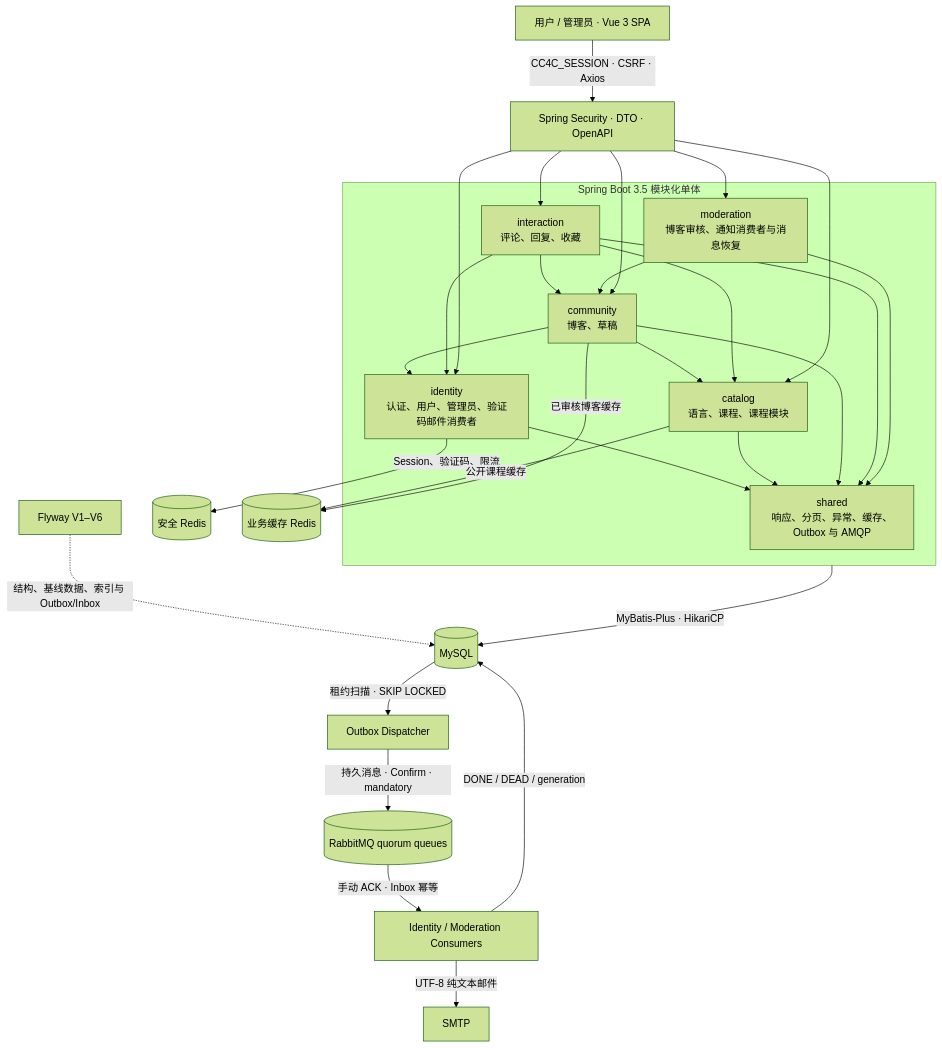
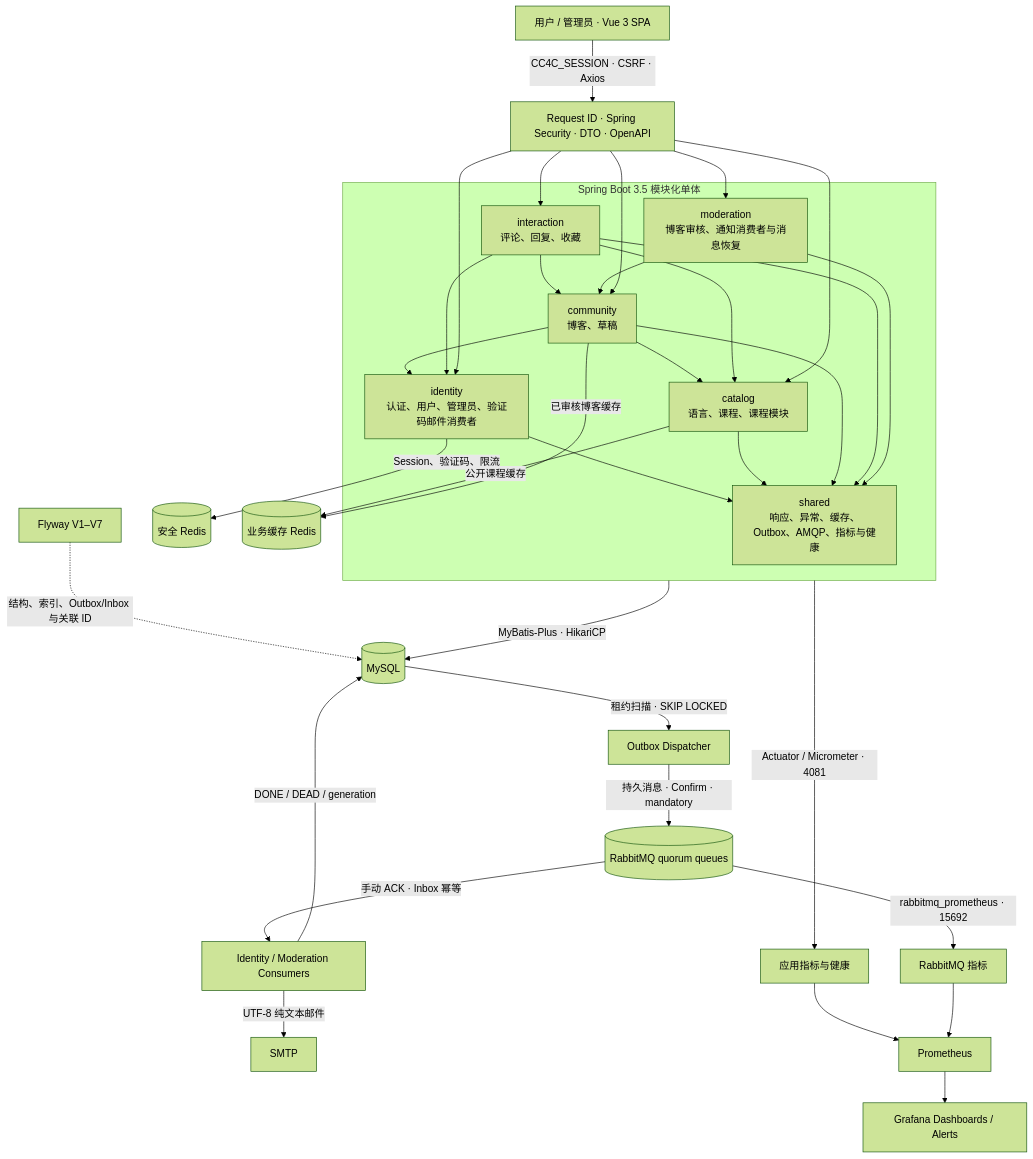
The diagram in README.md (Jaily16/CC4C), drawn with Mermaid (forest theme) before and after one commit. The commit also changed other lines of this file and 95 other files, not shown here.

````diff
--- a/README.md
+++ b/README.md
@@ -120,41 +121,46 @@
 ```mermaid
 flowchart TB
-    Browser[用户 / 管理员 · Vue 3 SPA] -->|CC4C_SESSION · CSRF · Axios| HTTP[Spring Security · DTO · OpenAPI]
+    Browser[用户 / 管理员 · Vue 3 SPA] -->|CC4C_SESSION · CSRF · Axios| HTTP[Request ID · Spring Security · DTO · OpenAPI]
 
     subgraph Backend[Spring Boot 3.5 模块化单体]
-        Shared[shared<br/>响应、分页、异常、缓存、Outbox 与 AMQP]
+        Shared[shared<br/>响应、异常、缓存、Outbox、AMQP、指标与健康]
         Identity[identity<br/>认证、用户、管理员、验证码邮件消费者]
         Catalog[catalog<br/>语言、课程、课程模块]
         Community[community<br/>博客、草稿]
         Interaction[interaction<br/>评论、回复、收藏]
         Moderation[moderation<br/>博客审核、通知消费者与消息恢复]
 
         Identity --> Shared
         Catalog --> Shared
         Community --> Shared
         Community --> Identity
         Community --> Catalog
         Interaction --> Shared
         Interaction --> Identity
         Interaction --> Catalog
         Interaction --> Community
         Moderation --> Shared
         Moderation --> Community
     end
 
     HTTP --> Identity
     HTTP --> Catalog
     HTTP --> Community
     HTTP --> Interaction
     HTTP --> Moderation
     Backend -->|MyBatis-Plus · HikariCP| DB[(MySQL)]
     DB -->|租约扫描 · SKIP LOCKED| Dispatcher[Outbox Dispatcher]
     Dispatcher -->|持久消息 · Confirm · mandatory| Rabbit[(RabbitMQ quorum queues)]
     Rabbit -->|手动 ACK · Inbox 幂等| Consumers[Identity / Moderation Consumers]
     Consumers -->|UTF-8 纯文本邮件| SMTP[SMTP]
     Consumers -->|DONE / DEAD / generation| DB
     Identity -->|Session、验证码、限流| SecurityRedis[(安全 Redis)]
     Catalog -->|公开课程缓存| BusinessRedis[(业务缓存 Redis)]
     Community -->|已审核博客缓存| BusinessRedis
-    Flyway[Flyway V1–V6] -. 结构、基线数据、索引与 Outbox/Inbox .-> DB
+    Flyway[Flyway V1–V7] -. 结构、索引、Outbox/Inbox 与关联 ID .-> DB
+    Backend -->|Actuator / Micrometer · 4081| AppMetrics[应用指标与健康]
+    Rabbit -->|rabbitmq_prometheus · 15692| RabbitMetrics[RabbitMQ 指标]
+    AppMetrics --> Prometheus[Prometheus]
+    RabbitMetrics --> Prometheus
+    Prometheus --> Grafana[Grafana Dashboards / Alerts]
 ```
````
